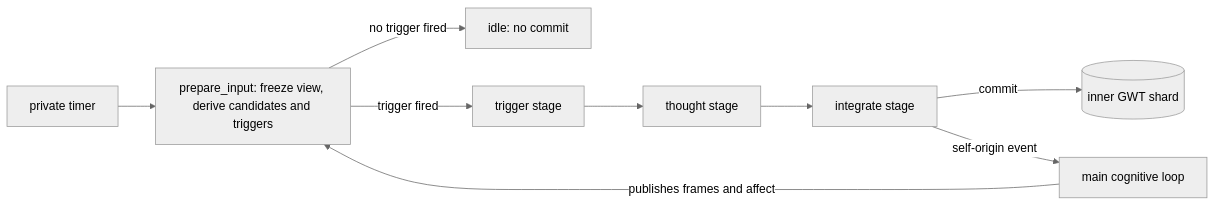
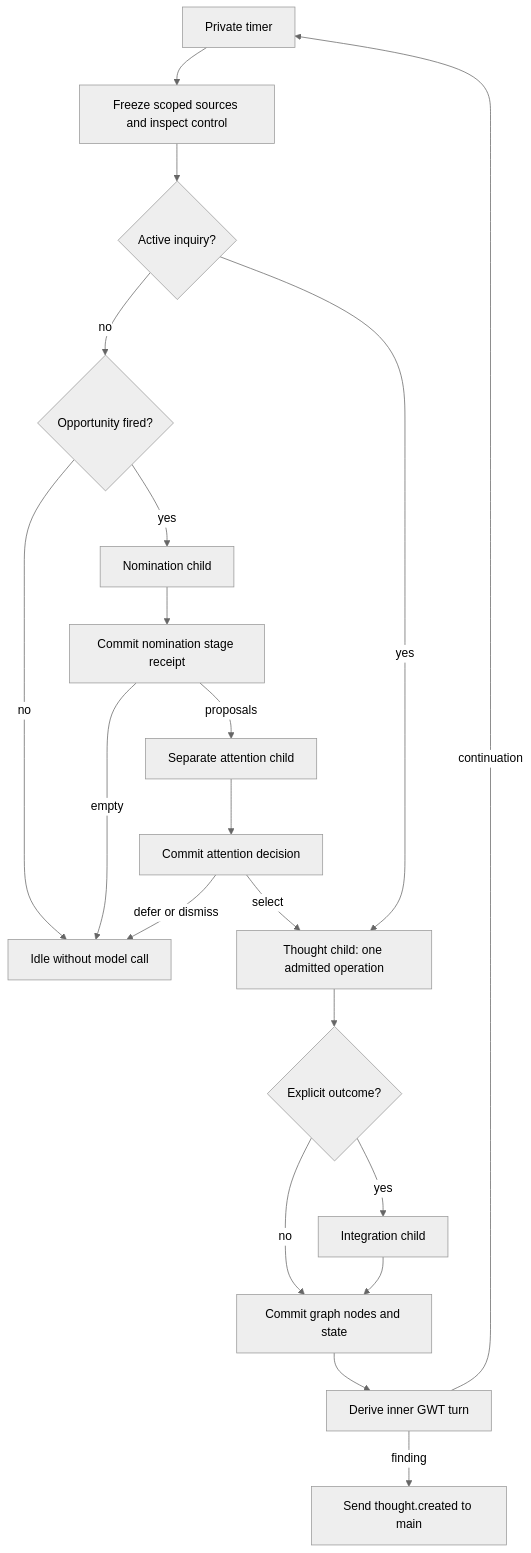
The first of 3 diagrams in docs/subsystems/private-loop.md (flamingrickpat/private-machine), drawn with Mermaid (neutral theme) before and after one commit. The commit also changed other lines of this file and 38 other files, not shown here.

First line of the commit message:
feat(cognition): run guarded private inquiry through the kernel

````diff
--- a/docs/subsystems/private-loop.md
+++ b/docs/subsystems/private-loop.md
@@ -32,9 +45,22 @@
 ```mermaid
-flowchart LR
-    T[private timer] --> P[prepare_input: freeze view, derive candidates and triggers]
-    P -- no trigger fired --> I[idle: no commit]
-    P -- trigger fired --> TR[trigger stage] --> TH[thought stage] --> IN[integrate stage]
-    IN -- commit --> G[(inner GWT shard)]
-    IN -- self-origin event --> M[main cognitive loop]
-    M -- publishes frames and affect --> P
+flowchart TB
+    T[Private timer] --> H[Freeze scoped sources and inspect control]
+    H --> A{Active inquiry?}
+    A -- no --> O{Opportunity fired?}
+    O -- no --> I[Idle without model call]
+    O -- yes --> N[Nomination child]
+    N --> NR[Commit nomination stage receipt]
+    NR -- empty --> I
+    NR -- proposals --> S[Separate attention child]
+    S --> SR[Commit attention decision]
+    SR -- select --> X[Thought child: one admitted operation]
+    SR -- defer or dismiss --> I
+    A -- yes --> X
+    X --> B{Explicit outcome?}
+    B -- yes --> IN[Integration child]
+    B -- no --> G[Commit graph nodes and state]
+    IN --> G
+    G --> P[Derive inner GWT turn]
+    P -- finding --> M[Send thought.created to main]
+    P -- continuation --> T
 ```
````
